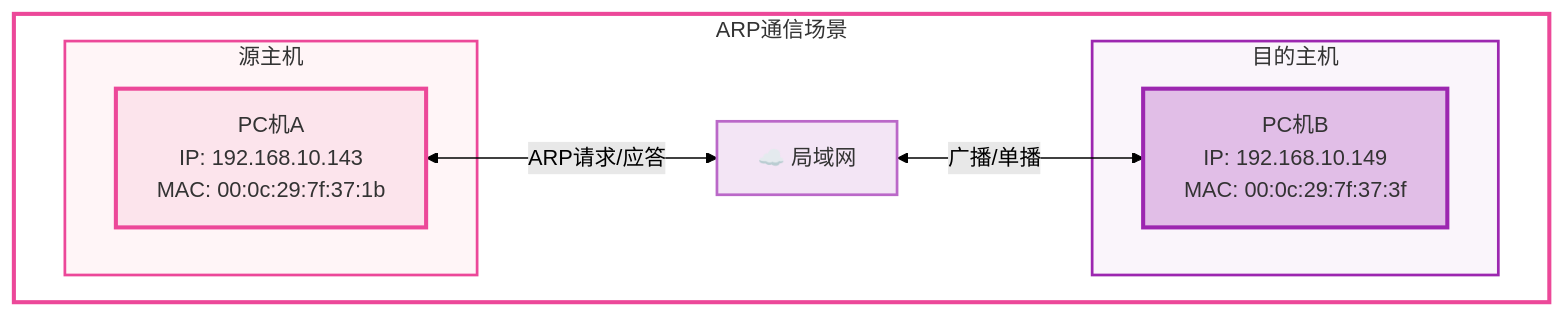
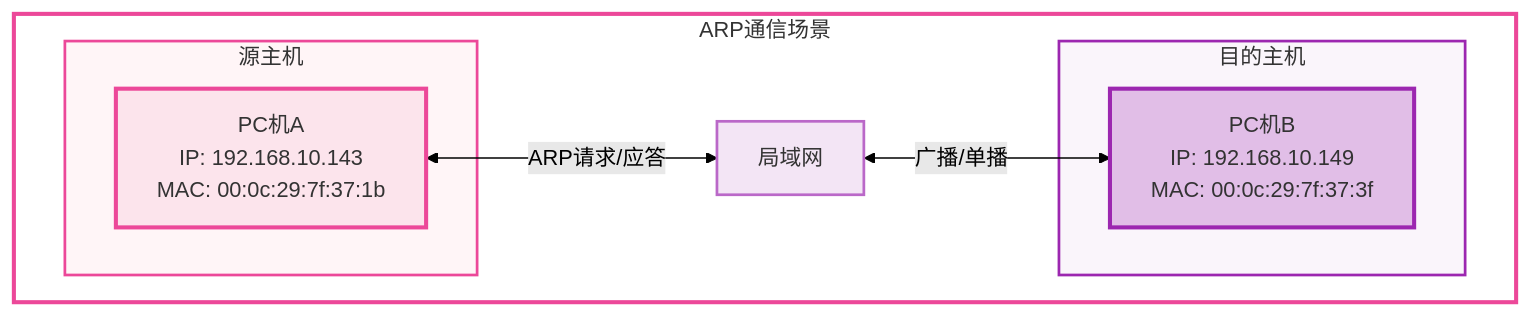
One commit to QwQBiG/QwQBiG.github.io changed the fifth of 8 diagrams in src/content/cs/posts/LinuxNetwork/HM01BasicConcepts.md. Above: the diagram before and after it, drawn with Mermaid (forest theme). The commit also changed other lines of this file and 46 other files, not shown here.

````diff
--- a/src/content/cs/posts/LinuxNetwork/HM01BasicConcepts.md
+++ b/src/content/cs/posts/LinuxNetwork/HM01BasicConcepts.md
@@ -390,25 +390,25 @@
 ```mermaid
 flowchart TB
     subgraph Scene["ARP通信场景"]
         direction LR
 
         subgraph Source["源主机"]
             PCA["PC机A<br/>IP: 192.168.10.143<br/>MAC: 00:0c:29:7f:37:1b"]
         end
 
-        Cloud["☁️ 局域网"]
+        Cloud["局域网"]
 
         subgraph Target["目的主机"]
             PCB["PC机B<br/>IP: 192.168.10.149<br/>MAC: 00:0c:29:7f:37:3f"]
         end
 
         PCA <-->|ARP请求/应答| Cloud <-->|广播/单播| PCB
     end
 
     style PCA fill:#fce4ec,stroke:#ec4899,stroke-width:3px,color:#333
     style PCB fill:#e1bee7,stroke:#9c27b0,stroke-width:3px,color:#333
     style Cloud fill:#f3e5f5,stroke:#ba68c8,stroke-width:2px,color:#333
     style Source fill:#fff5f7,stroke:#ec4899,stroke-width:2px
     style Target fill:#faf5fb,stroke:#9c27b0,stroke-width:2px
     style Scene fill:#ffffff,stroke:#ec4899,stroke-width:3px
 ```
````
